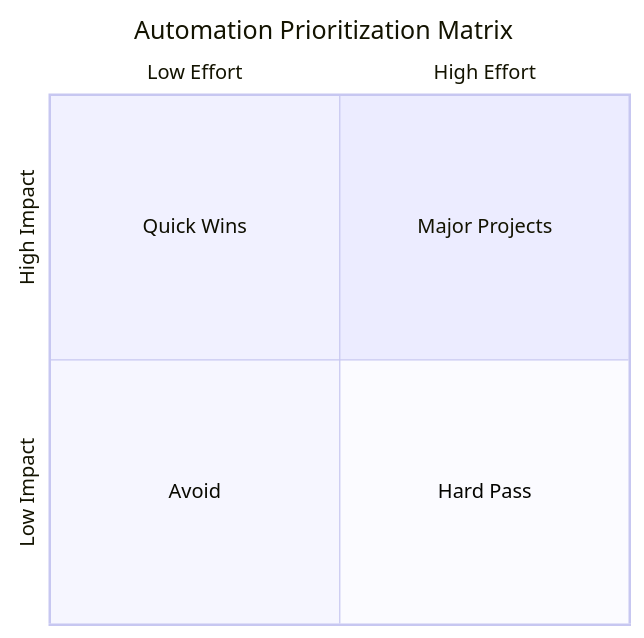
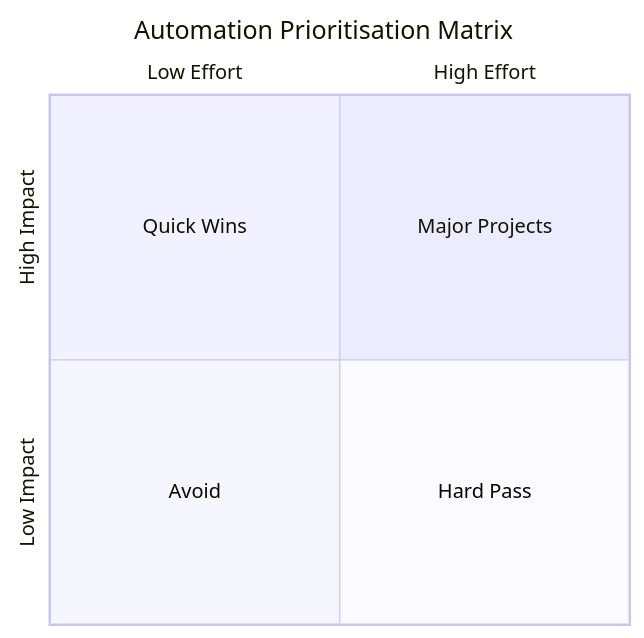
One commit to Nautomation-Prime/nautomation-prime.github.io changed the second of 2 diagrams in docs/prime-framework/pinpoint.md. Above: the diagram before and after it, drawn with Mermaid. The commit also changed other lines of this file and 6 other files, not shown here.

````diff
--- a/docs/prime-framework/pinpoint.md
+++ b/docs/prime-framework/pinpoint.md
@@ -163,10 +163,10 @@
 ```mermaid
 quadrantChart
-    title Automation Prioritization Matrix
+    title Automation Prioritisation Matrix
     x-axis Low Effort --> High Effort
     y-axis Low Impact --> High Impact
     quadrant-1 Major Projects
     quadrant-2 Quick Wins
     quadrant-3 Avoid
     quadrant-4 Hard Pass
 ```
````
